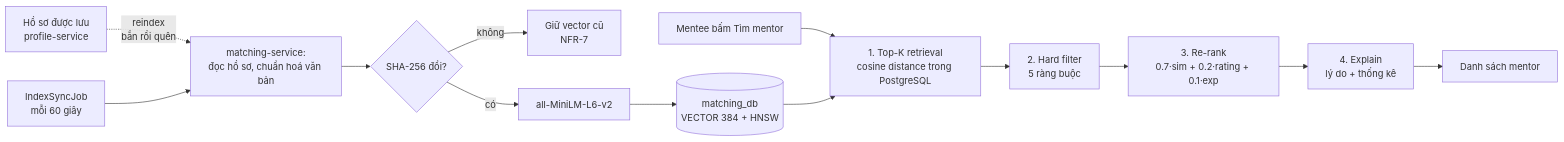
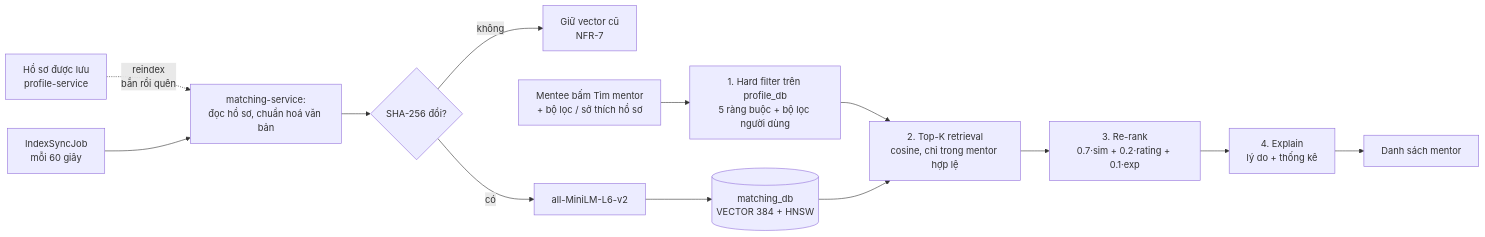
One commit to quangpham10212004/do_an_2026 changed the second of 5 diagrams in docs/ai-features.md. Above: the diagram before and after it, drawn with Mermaid. The commit also changed other lines of this file and 12 other files, not shown here.

Commit message:
US-17: matching hard filters (price, days/time of day, language, session type, rating, free) applied before vector ranking, profile defaults, effective filters + excludedBy in response

````diff
--- a/docs/ai-features.md
+++ b/docs/ai-features.md
@@ -68,16 +68,16 @@
 ```mermaid
 flowchart LR
     P[Hồ sơ được lưu<br/>profile-service] -. "reindex<br/>bắn rồi quên" .-> N
     JOB[IndexSyncJob<br/>mỗi 60 giây] --> N[matching-service:<br/>đọc hồ sơ, chuẩn hoá văn bản]
     N --> H{SHA-256 đổi?}
     H -- không --> SKIP[Giữ vector cũ<br/>NFR-7]
     H -- có --> E[all-MiniLM-L6-v2]
     E --> V[(matching_db<br/>VECTOR 384 + HNSW)]
 
-    Q[Mentee bấm Tìm mentor] --> R1[1. Top-K retrieval<br/>cosine distance trong PostgreSQL]
+    Q[Mentee bấm Tìm mentor<br/>+ bộ lọc / sở thích hồ sơ] --> R2[1. Hard filter trên profile_db<br/>5 ràng buộc + bộ lọc người dùng]
+    R2 --> R1[2. Top-K retrieval<br/>cosine, chỉ trong mentor hợp lệ]
     V --> R1
-    R1 --> R2[2. Hard filter<br/>5 ràng buộc]
-    R2 --> R3[3. Re-rank<br/>0.7·sim + 0.2·rating + 0.1·exp]
+    R1 --> R3[3. Re-rank<br/>0.7·sim + 0.2·rating + 0.1·exp]
     R3 --> R4[4. Explain<br/>lý do + thống kê]
     R4 --> OUT[Danh sách mentor]
 ```
````
